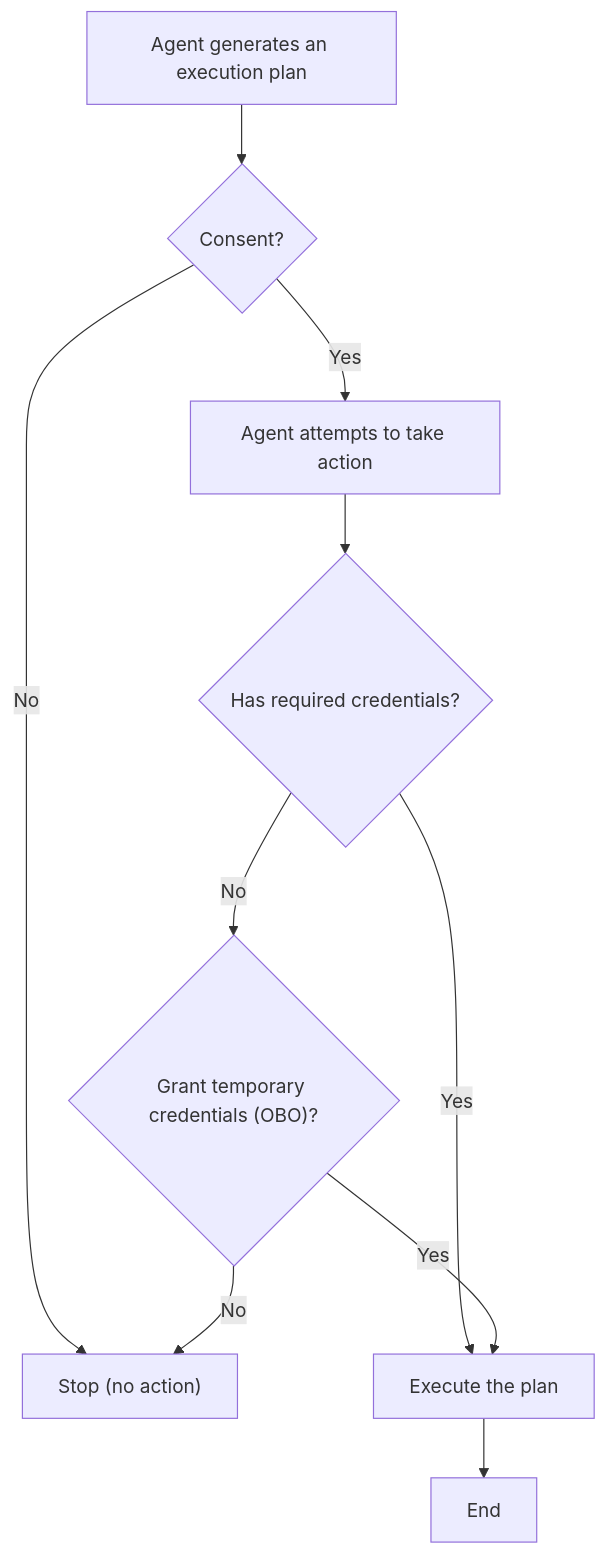
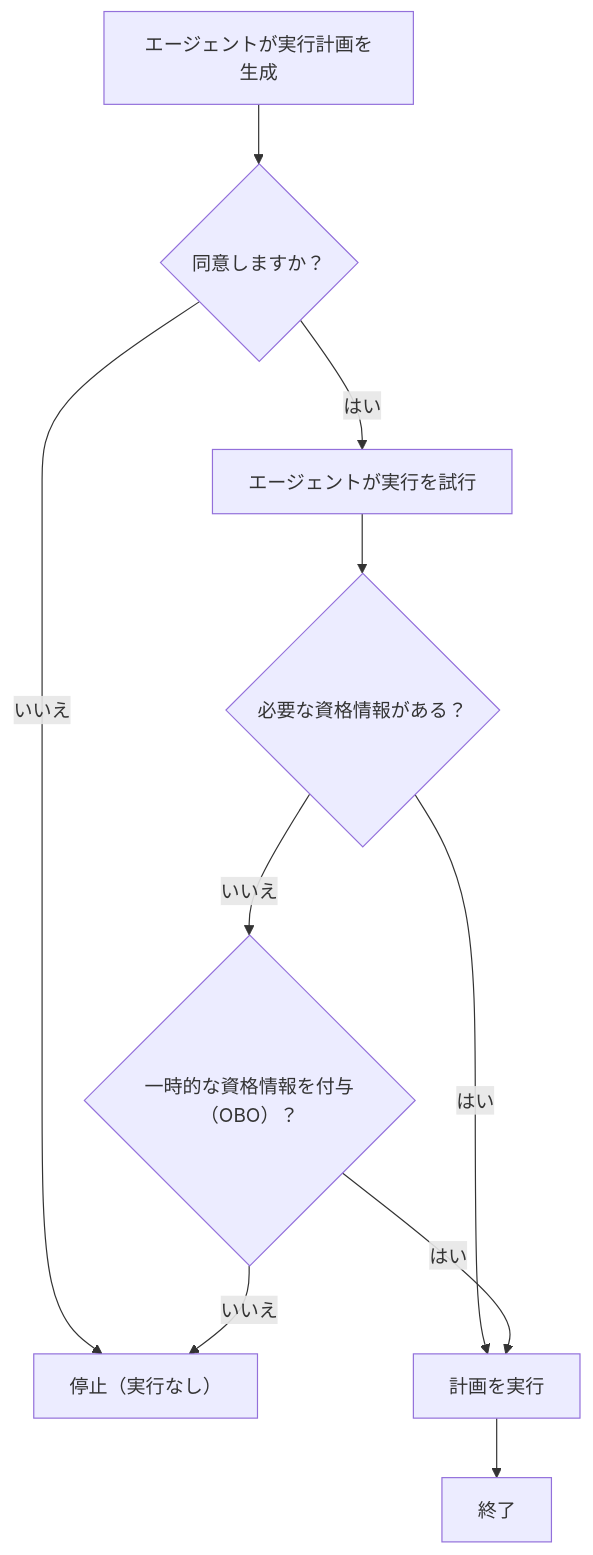
One commit to TakumiSeo/Tech-BLOG changed the fifth of 12 diagrams in content/posts/ja-jp/sre-agent-planning.md. Above: the diagram before and after it, drawn with Mermaid. The commit also changed other lines of this file, not shown here.

````diff
--- a/content/posts/ja-jp/sre-agent-planning.md
+++ b/content/posts/ja-jp/sre-agent-planning.md
@@ -241,12 +241,12 @@
 ```mermaid
 flowchart TD
-  A["Agent generates an execution plan"] --> B{"Consent?"}
-  B -->|No| Z["Stop (no action)"]
-  B -->|Yes| C["Agent attempts to take action"]
-  C --> D{"Has required credentials?"}
-  D -->|Yes| E["Execute the plan"]
-  D -->|No| F{"Grant temporary credentials (OBO)?"}
-  F -->|No| Z
-  F -->|Yes| E
-  E --> G["End"]
+  A["エージェントが実行計画を生成"] --> B{"同意しますか？"}
+  B -->|いいえ| Z["停止（実行なし）"]
+  B -->|はい| C["エージェントが実行を試行"]
+  C --> D{"必要な資格情報がある？"}
+  D -->|はい| E["計画を実行"]
+  D -->|いいえ| F{"一時的な資格情報を付与（OBO）？"}
+  F -->|いいえ| Z
+  F -->|はい| E
+  E --> G["終了"]
 ```
````
